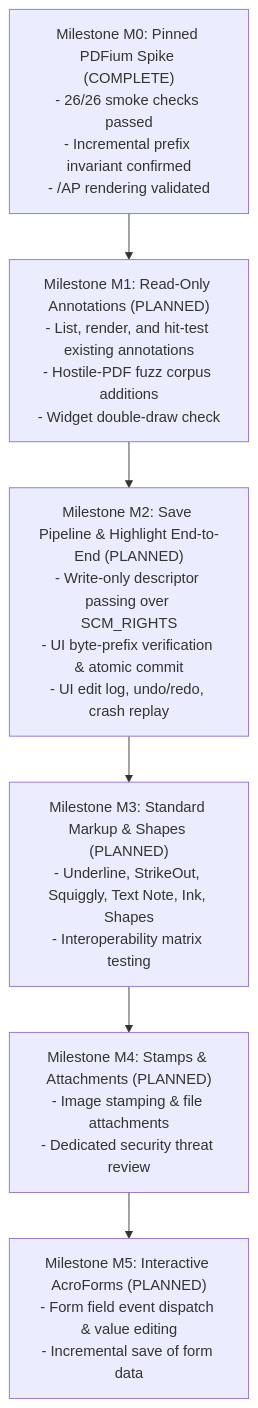
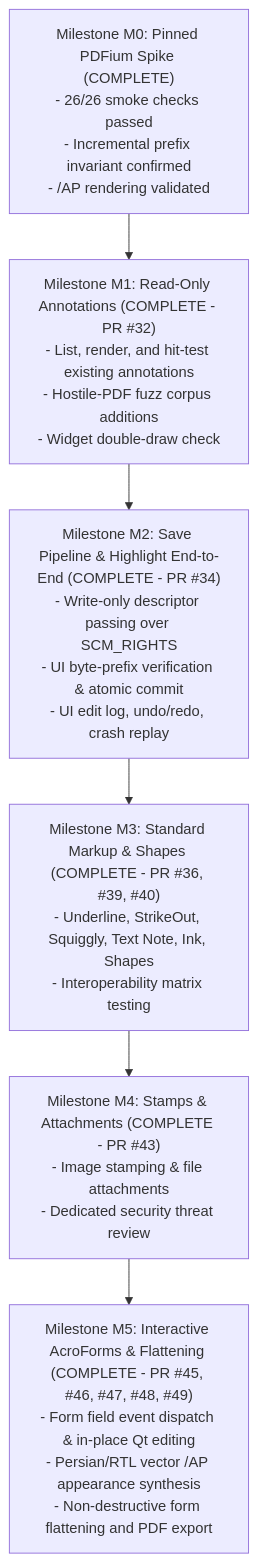
Before and after one commit to greenware63/PDF_Reader_for_Linux: the second of 2 diagrams in project_status_report.md, drawn with Mermaid. The commit also changed other lines of this file and 3 other files, not shown here.

Commit message:
docs: update KNOWN_LIMITATIONS and project status for Milestone M5 close-out

````diff
--- a/project_status_report.md
+++ b/project_status_report.md
@@ -149,11 +153,11 @@
 ```mermaid
 flowchart TD
     M0["Milestone M0: Pinned PDFium Spike (COMPLETE)\n- 26/26 smoke checks passed\n- Incremental prefix invariant confirmed\n- /AP rendering validated"]
-    M1["Milestone M1: Read-Only Annotations (PLANNED)\n- List, render, and hit-test existing annotations\n- Hostile-PDF fuzz corpus additions\n- Widget double-draw check"]
-    M2["Milestone M2: Save Pipeline & Highlight End-to-End (PLANNED)\n- Write-only descriptor passing over SCM_RIGHTS\n- UI byte-prefix verification & atomic commit\n- UI edit log, undo/redo, crash replay"]
-    M3["Milestone M3: Standard Markup & Shapes (PLANNED)\n- Underline, StrikeOut, Squiggly, Text Note, Ink, Shapes\n- Interoperability matrix testing"]
-    M4["Milestone M4: Stamps & Attachments (PLANNED)\n- Image stamping & file attachments\n- Dedicated security threat review"]
-    M5["Milestone M5: Interactive AcroForms (PLANNED)\n- Form field event dispatch & value editing\n- Incremental save of form data"]
+    M1["Milestone M1: Read-Only Annotations (COMPLETE - PR #32)\n- List, render, and hit-test existing annotations\n- Hostile-PDF fuzz corpus additions\n- Widget double-draw check"]
+    M2["Milestone M2: Save Pipeline & Highlight End-to-End (COMPLETE - PR #34)\n- Write-only descriptor passing over SCM_RIGHTS\n- UI byte-prefix verification & atomic commit\n- UI edit log, undo/redo, crash replay"]
+    M3["Milestone M3: Standard Markup & Shapes (COMPLETE - PR #36, #39, #40)\n- Underline, StrikeOut, Squiggly, Text Note, Ink, Shapes\n- Interoperability matrix testing"]
+    M4["Milestone M4: Stamps & Attachments (COMPLETE - PR #43)\n- Image stamping & file attachments\n- Dedicated security threat review"]
+    M5["Milestone M5: Interactive AcroForms & Flattening (COMPLETE - PR #45, #46, #47, #48, #49)\n- Form field event dispatch & in-place Qt editing\n- Persian/RTL vector /AP appearance synthesis\n- Non-destructive form flattening and PDF export"]
 
     M0 --> M1 --> M2 --> M3 --> M4 --> M5
 ```
````
